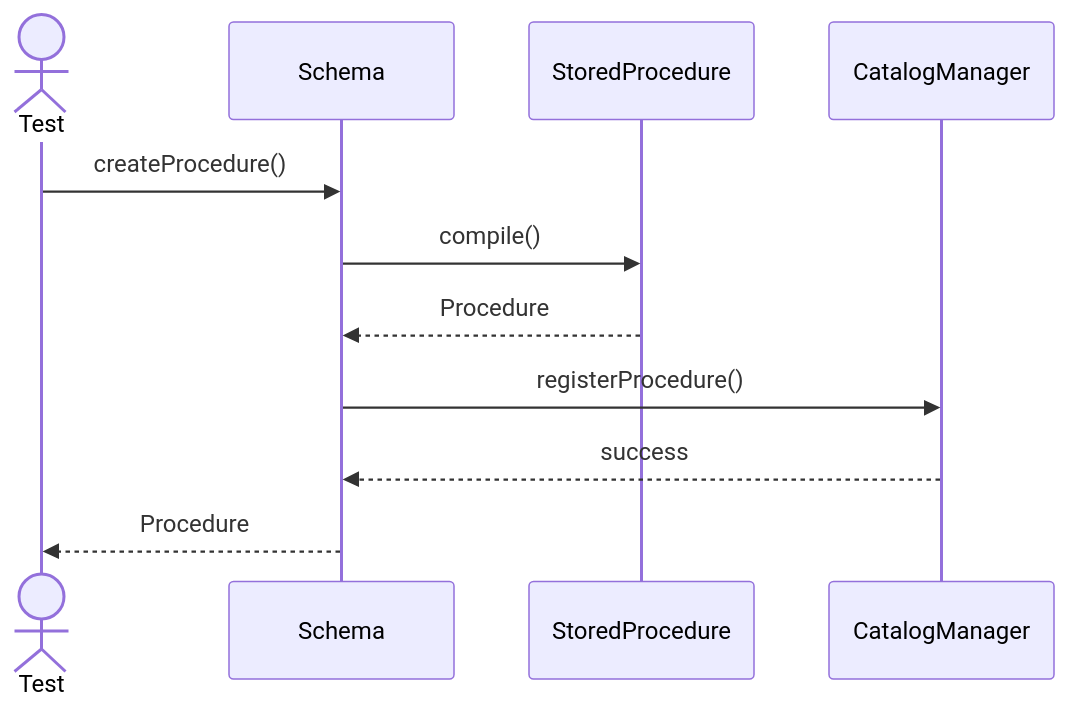
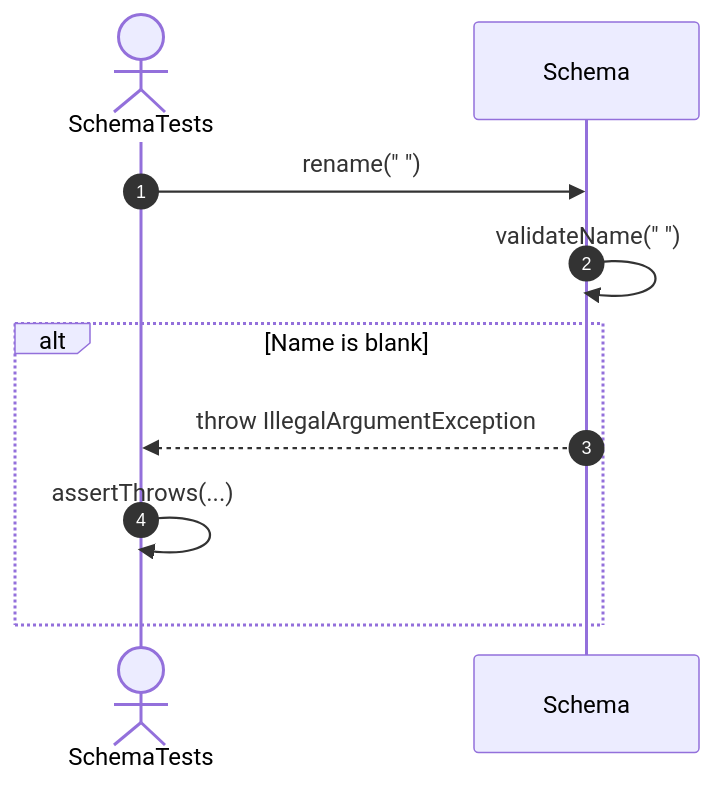
One commit to FhuAnn/-bbv-AN-s-DBMS changed the fifth of 15 diagrams in src/tests/unit/metadata/sequences/schemas-testing-sequences.md. Above: the diagram before and after it, drawn with Mermaid. The commit also changed other lines of this file and 60 other files, not shown here.

````diff
--- a/src/tests/unit/metadata/sequences/schemas-testing-sequences.md
+++ b/src/tests/unit/metadata/sequences/schemas-testing-sequences.md
@@ -142,22 +83,14 @@
 ```mermaid
 sequenceDiagram
-actor Test
+    autonumber
+    actor Test as SchemaTests
+    participant Schema as Schema
 
-participant Schema
+    Test->>Schema: rename(" ")
+    Schema->>Schema: validateName(" ")
 
-participant StoredProcedure
-
-participant CatalogManager
-
-Test->>Schema: createProcedure()
-
-Schema->>StoredProcedure: compile()
-
-StoredProcedure-->>Schema: Procedure
-
-Schema->>CatalogManager: registerProcedure()
-
-CatalogManager-->>Schema: success
-
-Schema-->>Test: Procedure
+    alt Name is blank
+        Schema-->>Test: throw IllegalArgumentException
+        Test->>Test: assertThrows(...)
+    end
 ```
````
